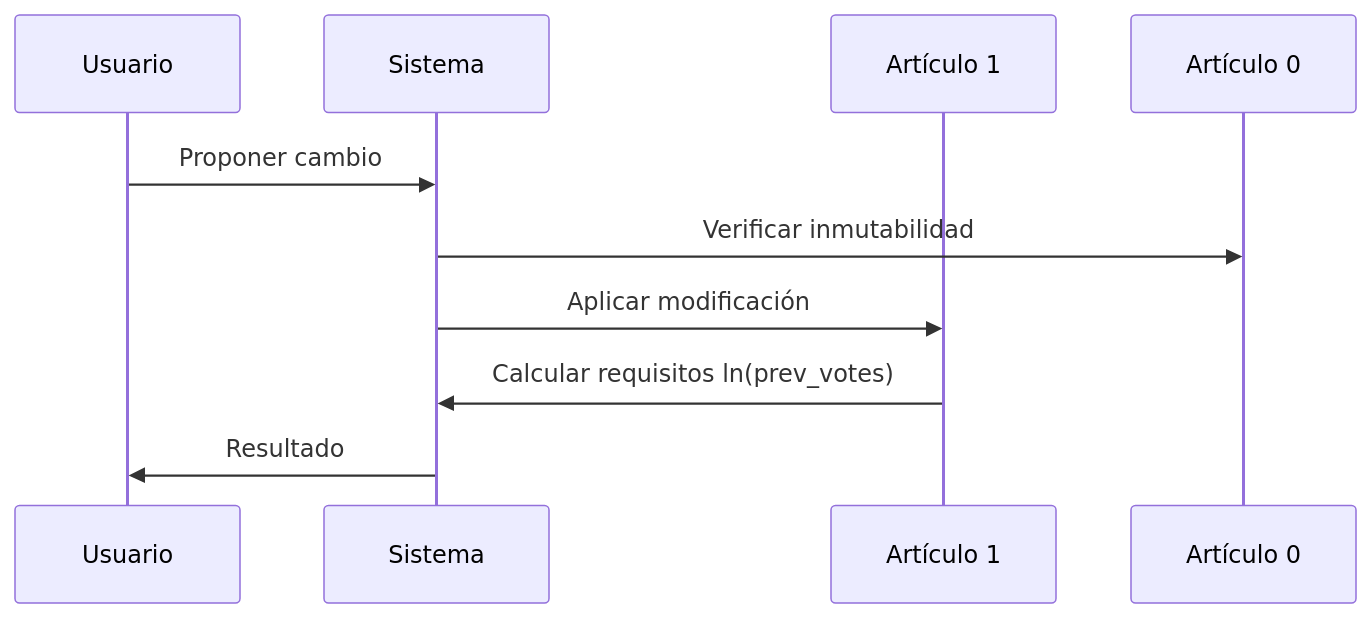
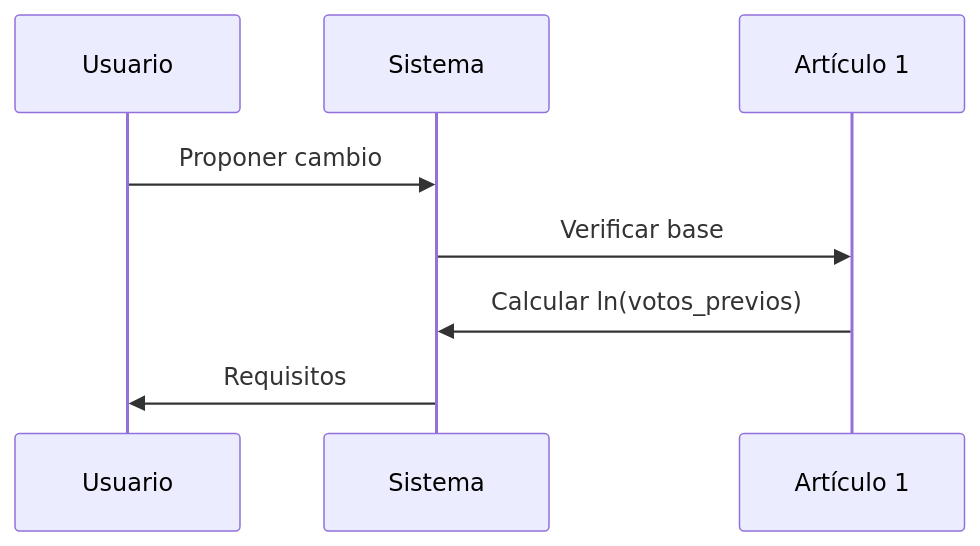
The second of 8 diagrams in ARCHITECTURE.md (DefFoxPy/Leviatan), drawn with Mermaid before and after one commit. The commit also changed other lines of this file and 2 other files, not shown here.

````diff
--- a/ARCHITECTURE.md
+++ b/ARCHITECTURE.md
@@ -40,13 +41,11 @@
 ```mermaid
 sequenceDiagram
     participant U as Usuario
     participant S as Sistema
     participant A1 as Artículo 1
-    participant A0 as Artículo 0
     
     U->>S: Proponer cambio
-    S->>A0: Verificar inmutabilidad
-    S->>A1: Aplicar modificación
-    A1->>S: Calcular requisitos ln(prev_votes)
-    S->>U: Resultado
+    S->>A1: Verificar base
+    A1->>S: Calcular ln(votos_previos)
+    S->>U: Requisitos
 ```
````
